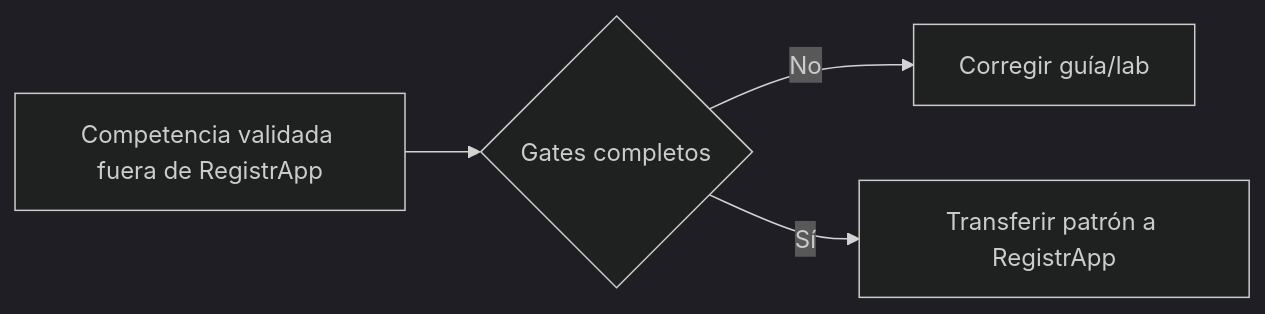
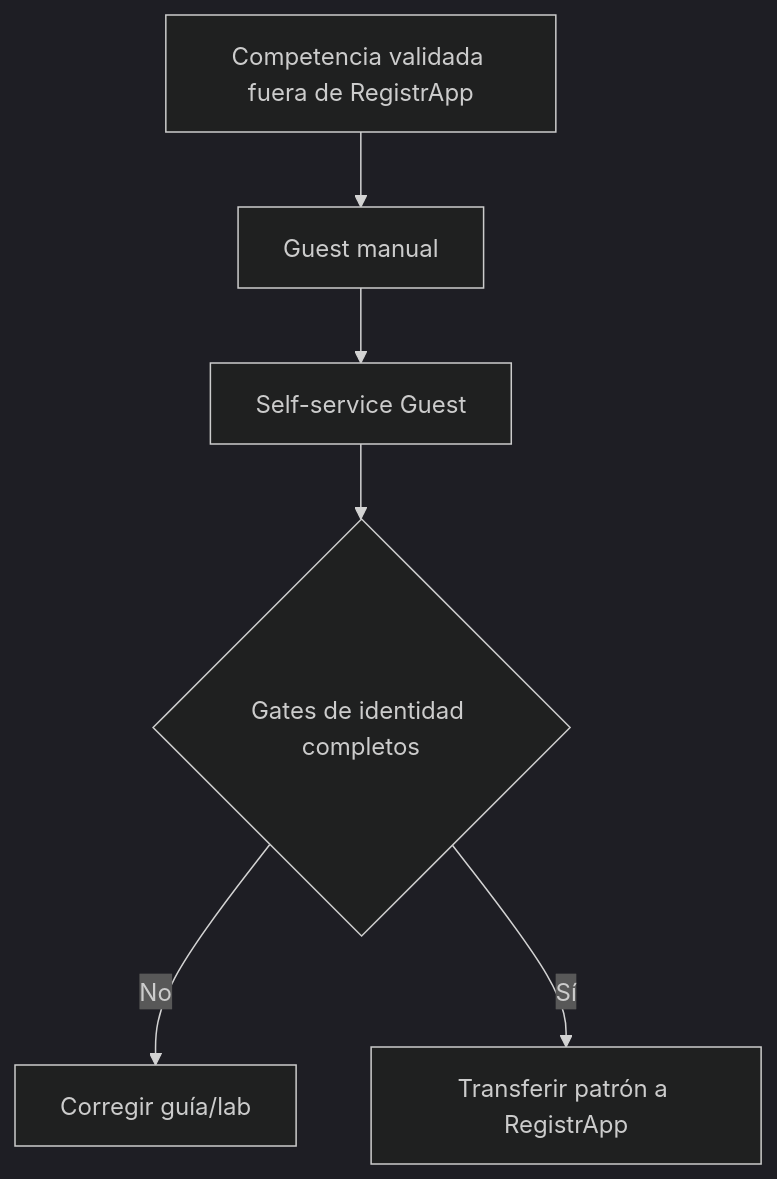
The first of 2 diagrams in proyecto-formativo/semana-04/guia-operativa-identidad-entra.md (cmartinezs/DSY1107-DESARROLLO-CLOUD-NATIVE-I-2026-2), drawn with Mermaid (dark theme) before and after one commit. The commit also changed other lines of this file, not shown here.

Commit message:
docs(dsy1107): add self-service identity gates to RegistrApp

````diff
--- a/proyecto-formativo/semana-04/guia-operativa-identidad-entra.md
+++ b/proyecto-formativo/semana-04/guia-operativa-identidad-entra.md
@@ -22,6 +26,8 @@
 ```mermaid
-flowchart LR
-    LAB[Competencia validada fuera de RegistrApp] --> G{Gates completos}
+flowchart TD
+    LAB[Competencia validada fuera de RegistrApp] --> M[Guest manual]
+    M --> S[Self-service Guest]
+    S --> G{Gates de identidad completos}
     G -- No --> FIX[Corregir guía/lab]
     G -- Sí --> REG[Transferir patrón a RegistrApp]
 ```
````
